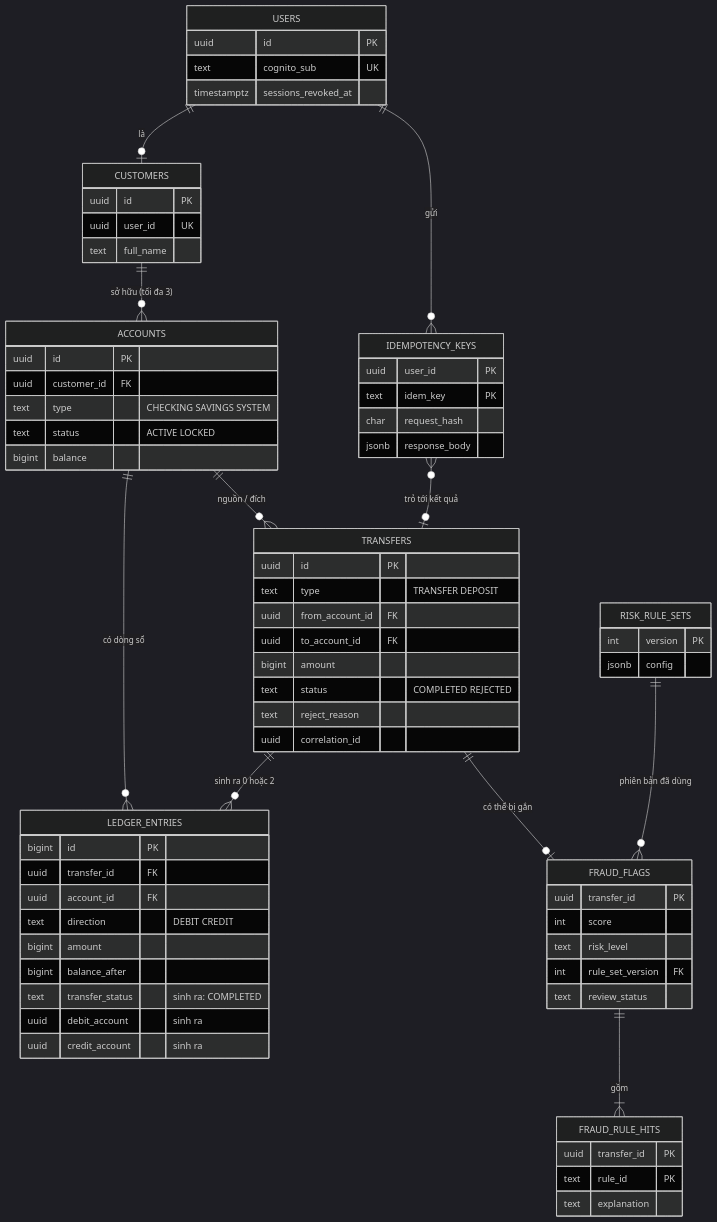
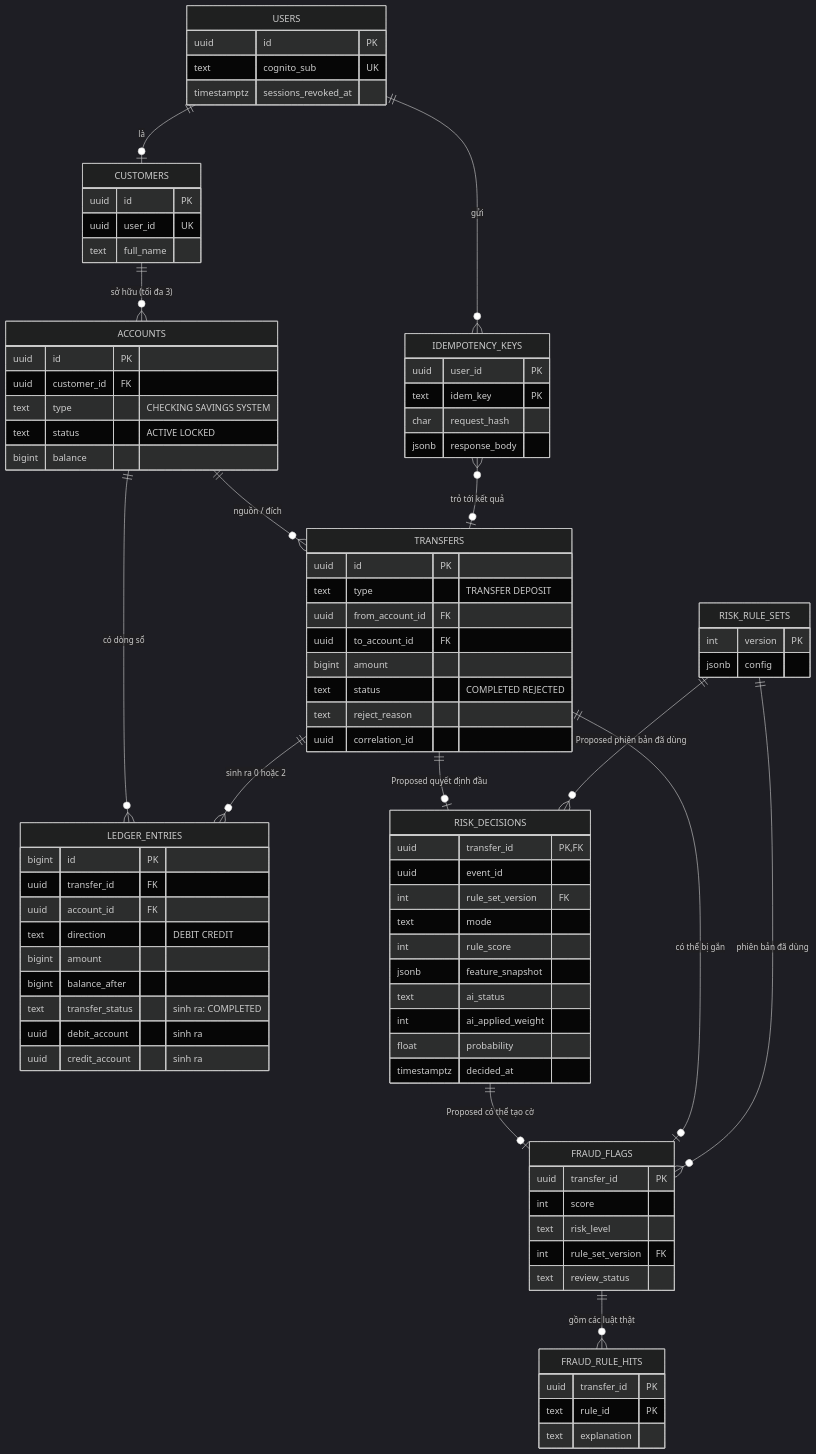
The diagram in docs/components/_shared/database-design.md (Lawliet119/digital-banking-simulator), drawn with Mermaid (dark theme) before and after one commit. The commit also changed other lines of this file and 18 other files, not shown here.

Commit message:
docs(risk): đề xuất fraud rules kết hợp API AI

```diff
--- a/docs/components/_shared/database-design.md
+++ b/docs/components/_shared/database-design.md
@@ -36,9 +40,12 @@
     ACCOUNTS ||--o{ TRANSFERS : "nguồn / đích"
     USERS ||--o{ IDEMPOTENCY_KEYS : "gửi"
     IDEMPOTENCY_KEYS }o--o| TRANSFERS : "trỏ tới kết quả"
+    TRANSFERS ||--o| RISK_DECISIONS : "Proposed quyết định đầu"
+    RISK_DECISIONS ||--o| FRAUD_FLAGS : "Proposed có thể tạo cờ"
     TRANSFERS ||--o| FRAUD_FLAGS : "có thể bị gắn"
-    FRAUD_FLAGS ||--|{ FRAUD_RULE_HITS : "gồm"
+    FRAUD_FLAGS ||--o{ FRAUD_RULE_HITS : "gồm các luật thật"
     RISK_RULE_SETS ||--o{ FRAUD_FLAGS : "phiên bản đã dùng"
+    RISK_RULE_SETS ||--o{ RISK_DECISIONS : "Proposed phiên bản đã dùng"
 
     USERS {
         uuid id PK
@@ -84,6 +91,18 @@
         char request_hash
         jsonb response_body
     }
+    RISK_DECISIONS {
+        uuid transfer_id PK, FK
+        uuid event_id
+        int rule_set_version FK
+        text mode
+        int rule_score
+        jsonb feature_snapshot
+        text ai_status
+        int ai_applied_weight
+        float probability
+        timestamptz decided_at
+    }
     FRAUD_FLAGS {
         uuid transfer_id PK
         int score
```
